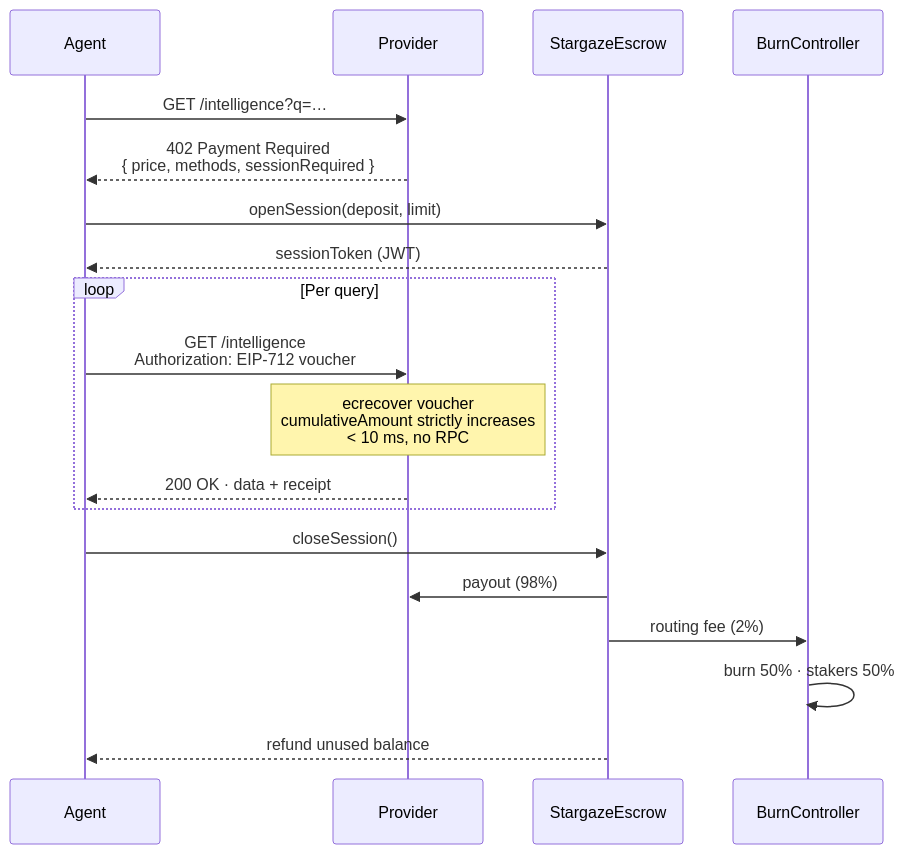
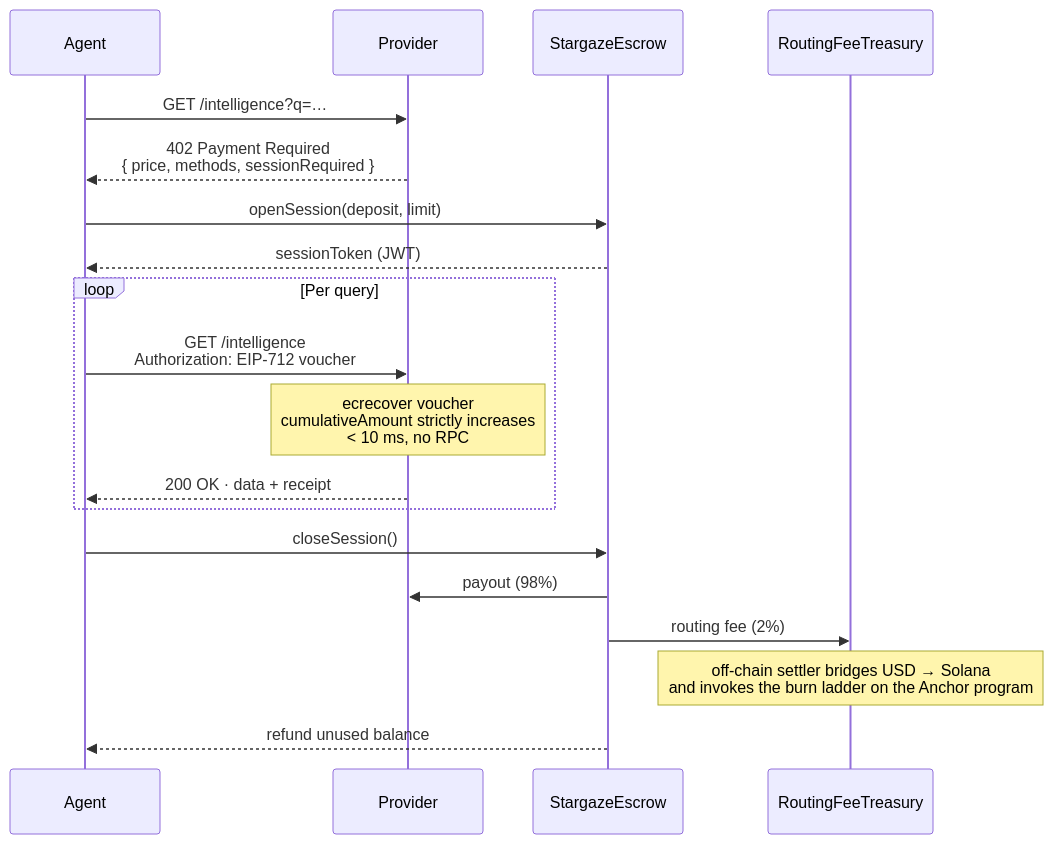
One commit to StargazeMPP/StargazeMPP changed the second of 2 diagrams in README.md. Above: the diagram before and after it, drawn with Mermaid. The commit also changed other lines of this file and 3 other files, not shown here.

````diff
--- a/README.md
+++ b/README.md
@@ -92,25 +92,25 @@
 ```mermaid
 sequenceDiagram
     participant Agent
     participant Provider
     participant Escrow as StargazeEscrow
-    participant Burn as BurnController
+    participant Treasury as RoutingFeeTreasury
 
     Agent->>Provider: GET /intelligence?q=…
     Provider-->>Agent: 402 Payment Required<br/>{ price, methods, sessionRequired }
 
     Agent->>Escrow: openSession(deposit, limit)
     Escrow-->>Agent: sessionToken (JWT)
 
     loop Per query
         Agent->>Provider: GET /intelligence<br/>Authorization: EIP-712 voucher
         Note over Provider: ecrecover voucher<br/>cumulativeAmount strictly increases<br/>< 10 ms, no RPC
         Provider-->>Agent: 200 OK · data + receipt
     end
 
     Agent->>Escrow: closeSession()
     Escrow->>Provider: payout (98%)
-    Escrow->>Burn: routing fee (2%)
-    Burn->>Burn: burn 50% · stakers 50%
+    Escrow->>Treasury: routing fee (2%)
+    Note over Treasury: off-chain settler bridges USD → Solana<br/>and invokes the burn ladder on the Anchor program
     Escrow-->>Agent: refund unused balance
 ```
````
